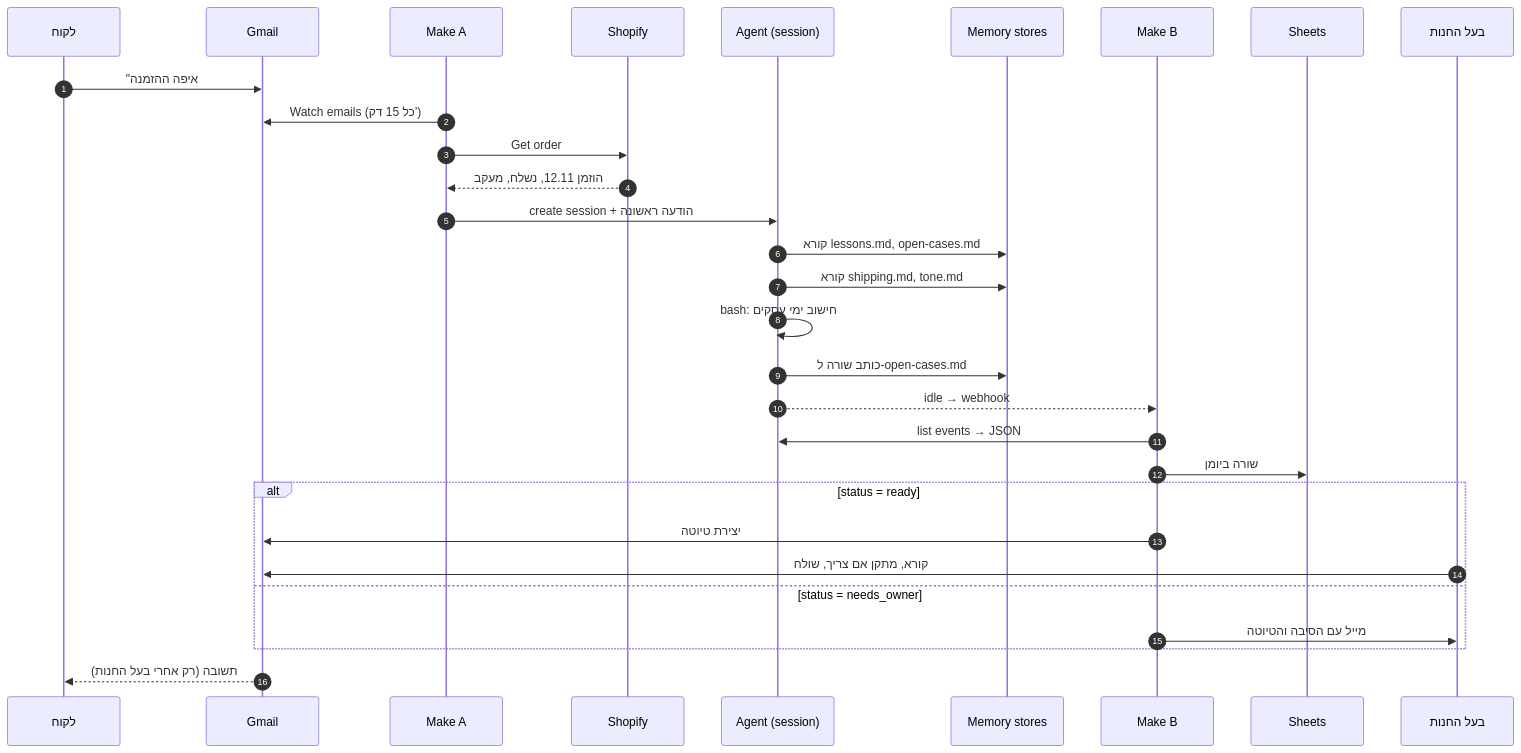
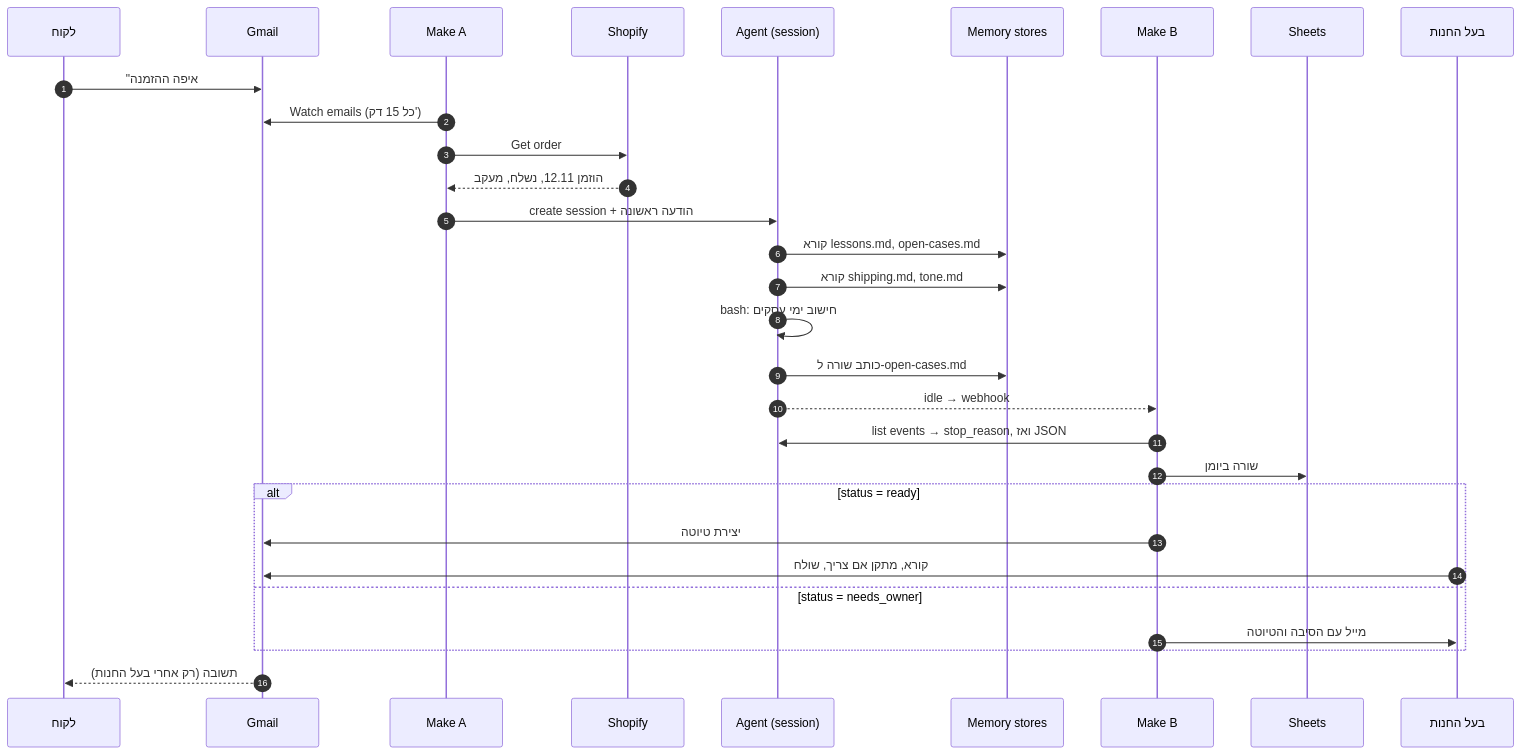
One commit to taliasnir-prog/store-support-agent changed the second of 2 diagrams in Architecture.md. Above: the diagram before and after it, drawn with Mermaid. The commit also changed other lines of this file and 3 other files, not shown here.

````diff
--- a/Architecture.md
+++ b/Architecture.md
@@ -115,33 +125,33 @@
 ```mermaid
 sequenceDiagram
     autonumber
     participant L as לקוח
     participant G as Gmail
     participant MA as Make A
     participant S as Shopify
     participant AG as Agent (session)
     participant MEM as Memory stores
     participant MB as Make B
     participant SH as Sheets
     participant N as בעל החנות
 
     L->>G: "איפה ההזמנה #1043?"
     MA->>G: Watch emails (כל 15 דק')
     MA->>S: Get order #1043
     S-->>MA: הוזמן 12.11, נשלח, מעקב
     MA->>AG: create session + הודעה ראשונה
     AG->>MEM: קורא lessons.md, open-cases.md
     AG->>MEM: קורא shipping.md, tone.md
     AG->>AG: bash: חישוב ימי עסקים
     AG->>MEM: כותב שורה ל-open-cases.md
     AG-->>MB: idle → webhook
-    MB->>AG: list events → JSON
+    MB->>AG: list events → stop_reason, ואז JSON
     MB->>SH: שורה ביומן
     alt status = ready
         MB->>G: יצירת טיוטה
         N->>G: קורא, מתקן אם צריך, שולח
     else status = needs_owner
         MB->>N: מייל עם הסיבה והטיוטה
     end
     G-->>L: תשובה (רק אחרי בעל החנות)
 ```
````
